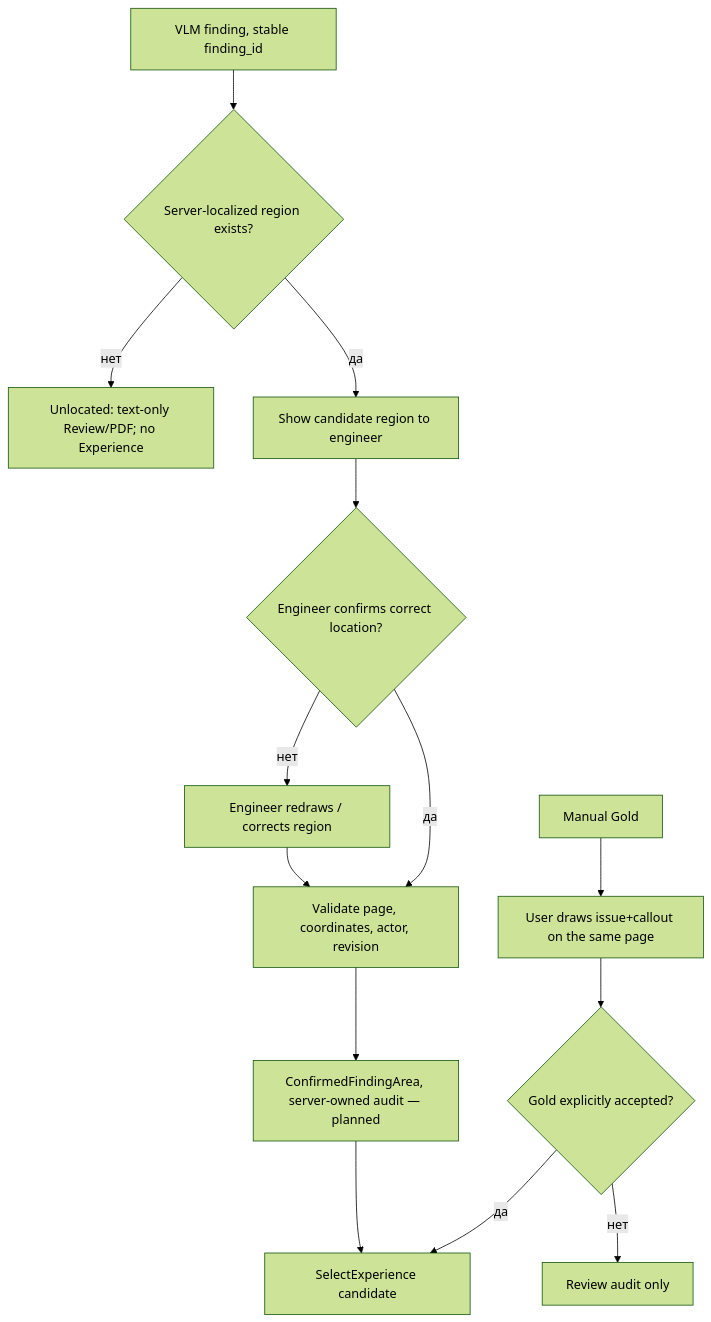
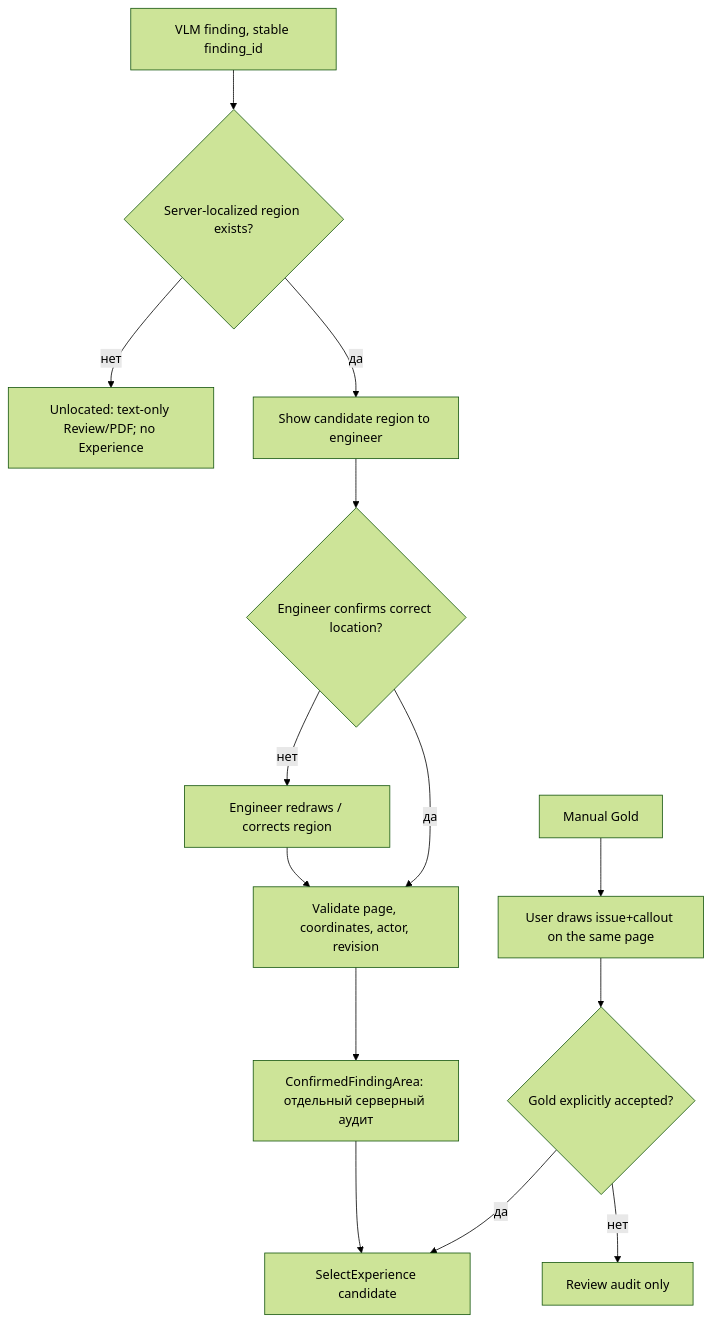
One commit to Amadu-A/PDRD-validation changed diagram 12 of 15 in README.md. Above: the diagram before and after it, drawn with Mermaid (forest theme). The commit also changed other lines of this file and 70 other files, not shown here.

````diff
--- a/README.md
+++ b/README.md
@@ -604,16 +609,16 @@
 ```mermaid
 flowchart TD
     F["VLM finding, stable finding_id"] --> S{"Server-localized region exists?"}
     S -->|нет| U["Unlocated: text-only Review/PDF; no Experience"]
     S -->|да| C["Show candidate region to engineer"]
     C --> CONF{"Engineer confirms correct location?"}
     CONF -->|нет| FIX["Engineer redraws / corrects region"]
     FIX --> RECONF["Validate page, coordinates, actor, revision"]
     CONF -->|да| RECONF
-    RECONF --> AREA["ConfirmedFindingArea, server-owned audit — planned"]
+    RECONF --> AREA["ConfirmedFindingArea: отдельный серверный аудит"]
     AREA --> PICK["SelectExperience candidate"]
     G["Manual Gold"] --> M["User draws issue+callout on the same page"]
     M --> A{"Gold explicitly accepted?"}
     A -->|нет| LOG["Review audit only"]
     A -->|да| PICK
 ```
````
